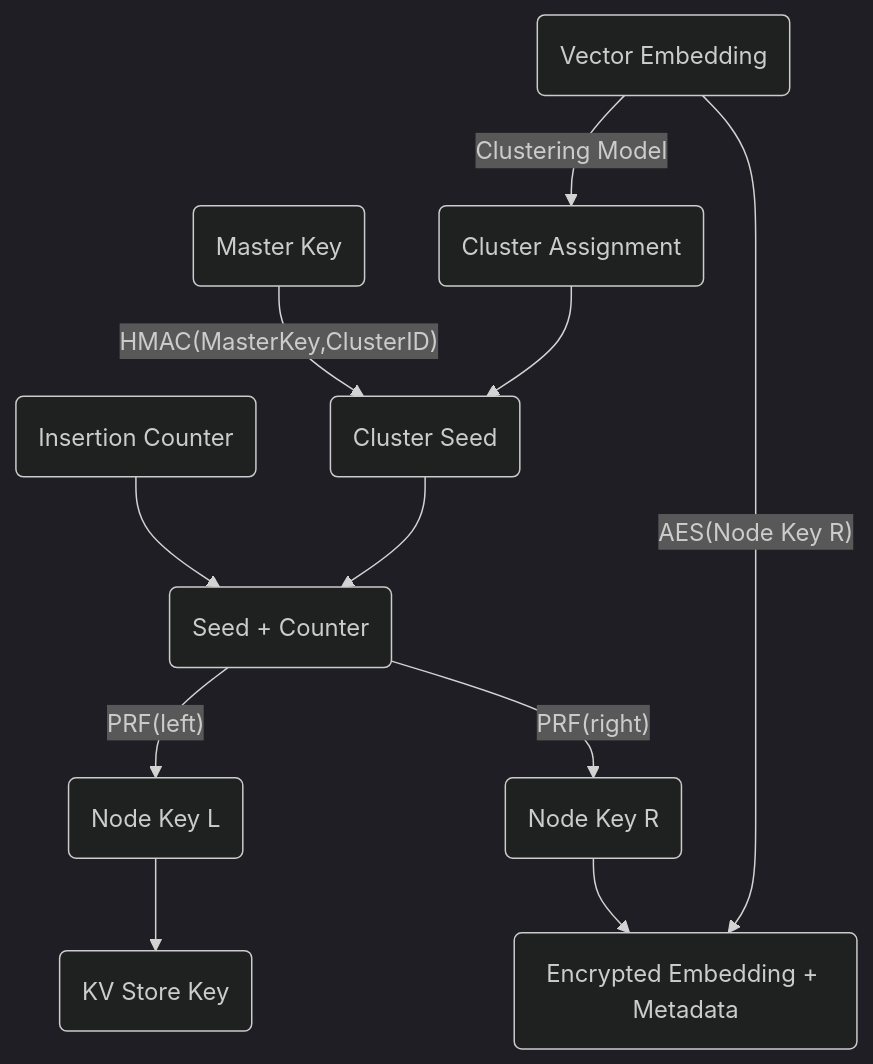
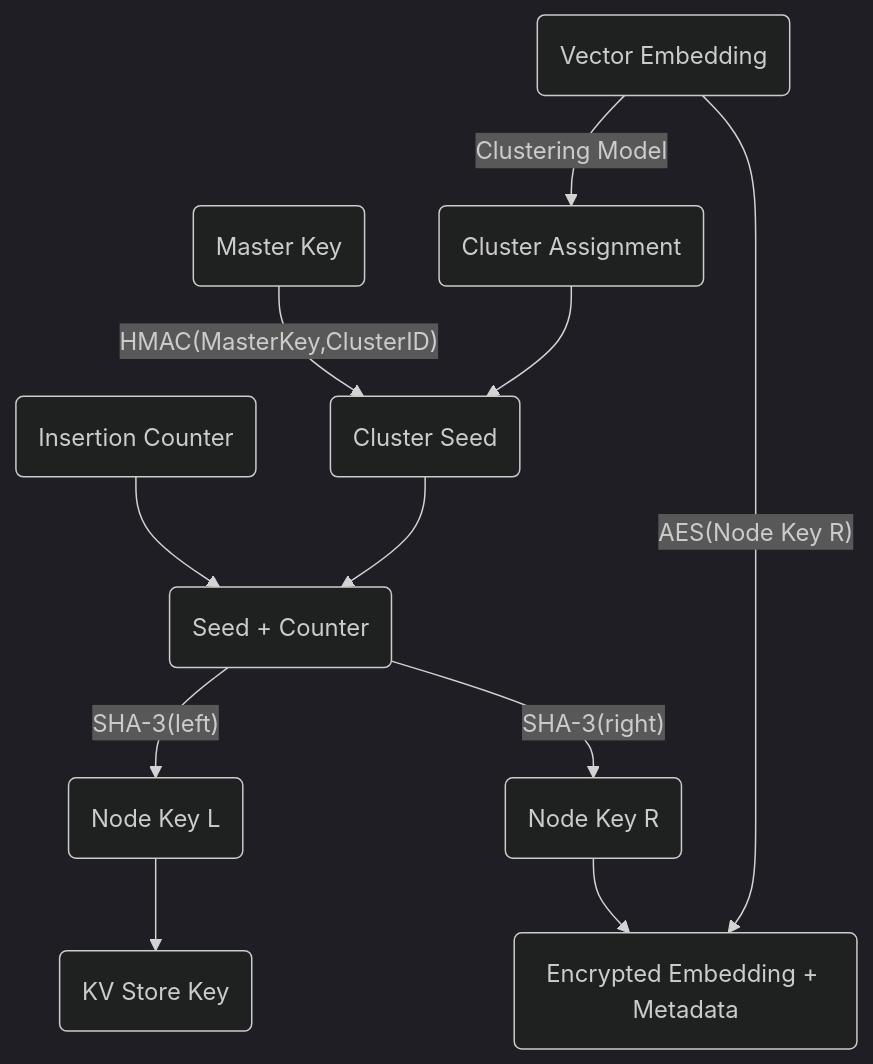
One commit to cyborginc/cyborgdb-docs changed the first of 3 diagrams in versions/next/intro/encryption.mdx. Above: the diagram before and after it, drawn with Mermaid (dark theme). The commit also changed other lines of this file and 2 other files, not shown here.

Commit message:
Keep SHA-3 wording in encryption intro

````diff
--- a/versions/next/intro/encryption.mdx
+++ b/versions/next/intro/encryption.mdx
@@ -55,18 +55,18 @@
 ```mermaid
 graph TD
     A(Vector Embedding) -->|"Clustering Model"| B(Cluster Assignment)
     
     MK(Master Key) -->|"HMAC(MasterKey,ClusterID)"| C(Cluster Seed)
     B --> C
     
     CM(Insertion Counter) --> D(Seed + Counter)
     C --> D
     
-    D -->|"PRF(left)"| E1(Node Key L)
-    D -->|"PRF(right)"| E2(Node Key R)
+    D -->|"SHA-3(left)"| E1(Node Key L)
+    D -->|"SHA-3(right)"| E2(Node Key R)
     
     E1 --> F1(KV Store Key)
     E2 --> F2(Encrypted Embedding + Metadata)
     
     A --> |"AES(Node Key R)"| F2
 ```
````
